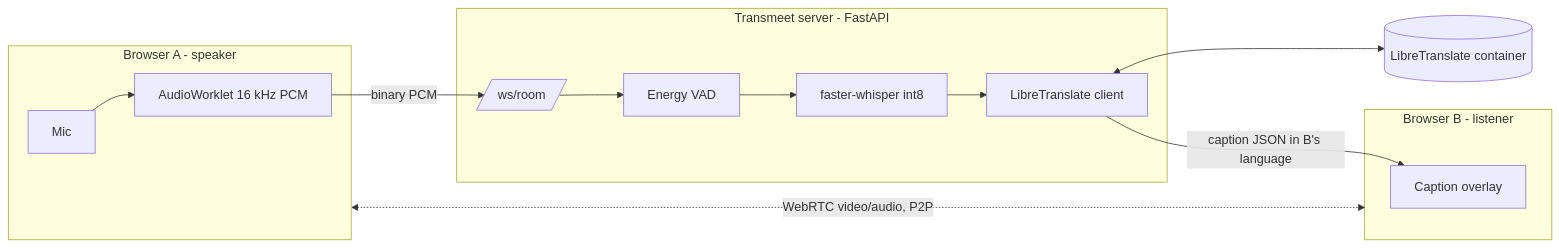
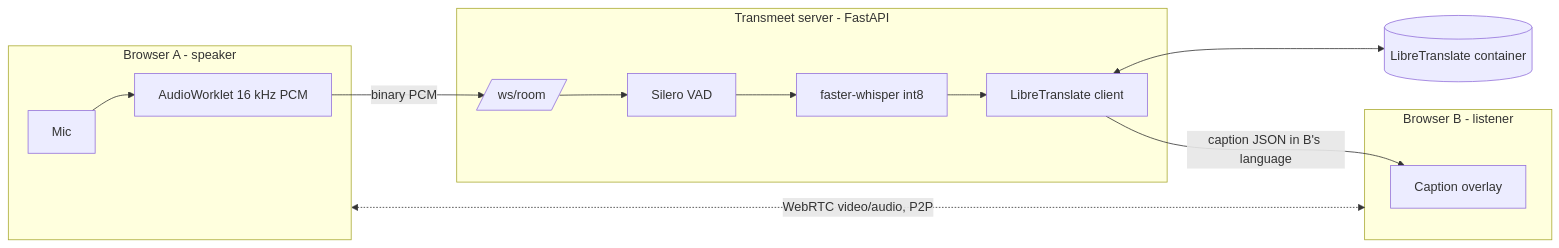
The first of 2 diagrams in docs/PRESENTATION.md (UdayPS-4o/Transmeet), drawn with Mermaid before and after one commit. The commit also changed other lines of this file and 4 other files, not shown here.

````diff
--- a/docs/PRESENTATION.md
+++ b/docs/PRESENTATION.md
@@ -54,17 +54,17 @@
 ```mermaid
 flowchart LR
   subgraph A[Browser A - speaker]
     MIC[Mic] --> WK[AudioWorklet 16 kHz PCM]
   end
   subgraph S[Transmeet server - FastAPI]
-    WS[/ws/room/] --> VAD[Energy VAD] --> ASR[faster-whisper int8] --> MT[LibreTranslate client]
+    WS[/ws/room/] --> VAD[Silero VAD] --> ASR[faster-whisper int8] --> MT[LibreTranslate client]
   end
   LT[(LibreTranslate container)]
   subgraph B[Browser B - listener]
     CAP[Caption overlay]
   end
   WK -- binary PCM --> WS
   MT <--> LT
   MT -- caption JSON in B's language --> CAP
   A <-. WebRTC video/audio, P2P .-> B
 ```
````
